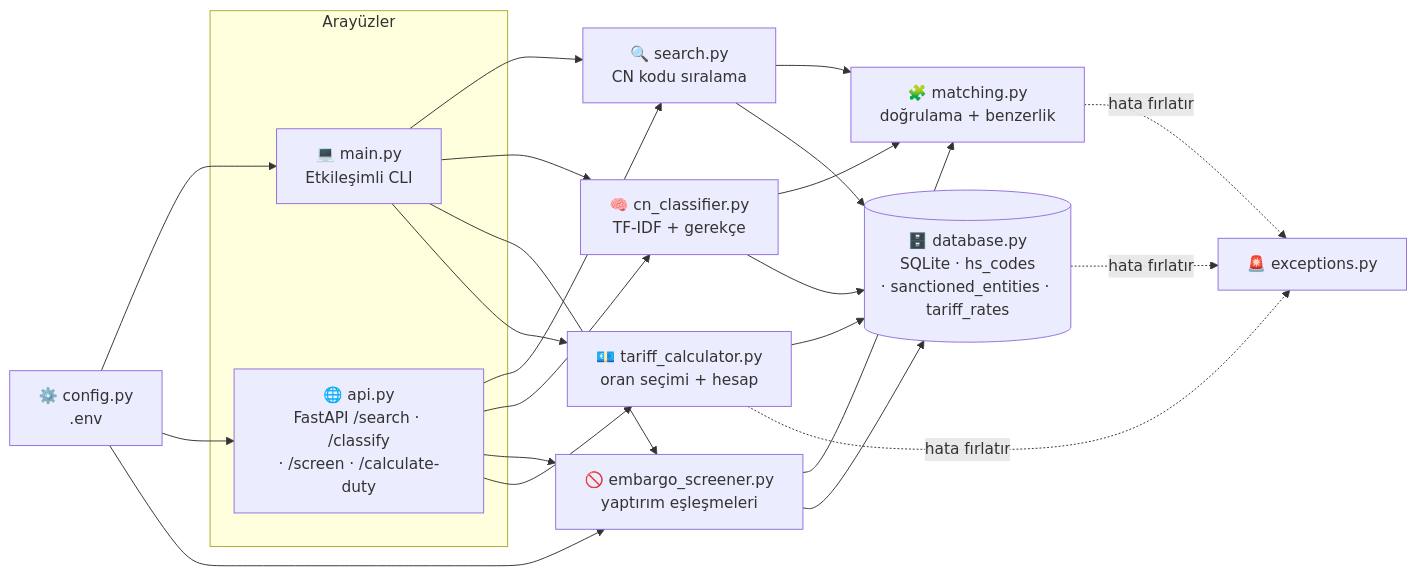
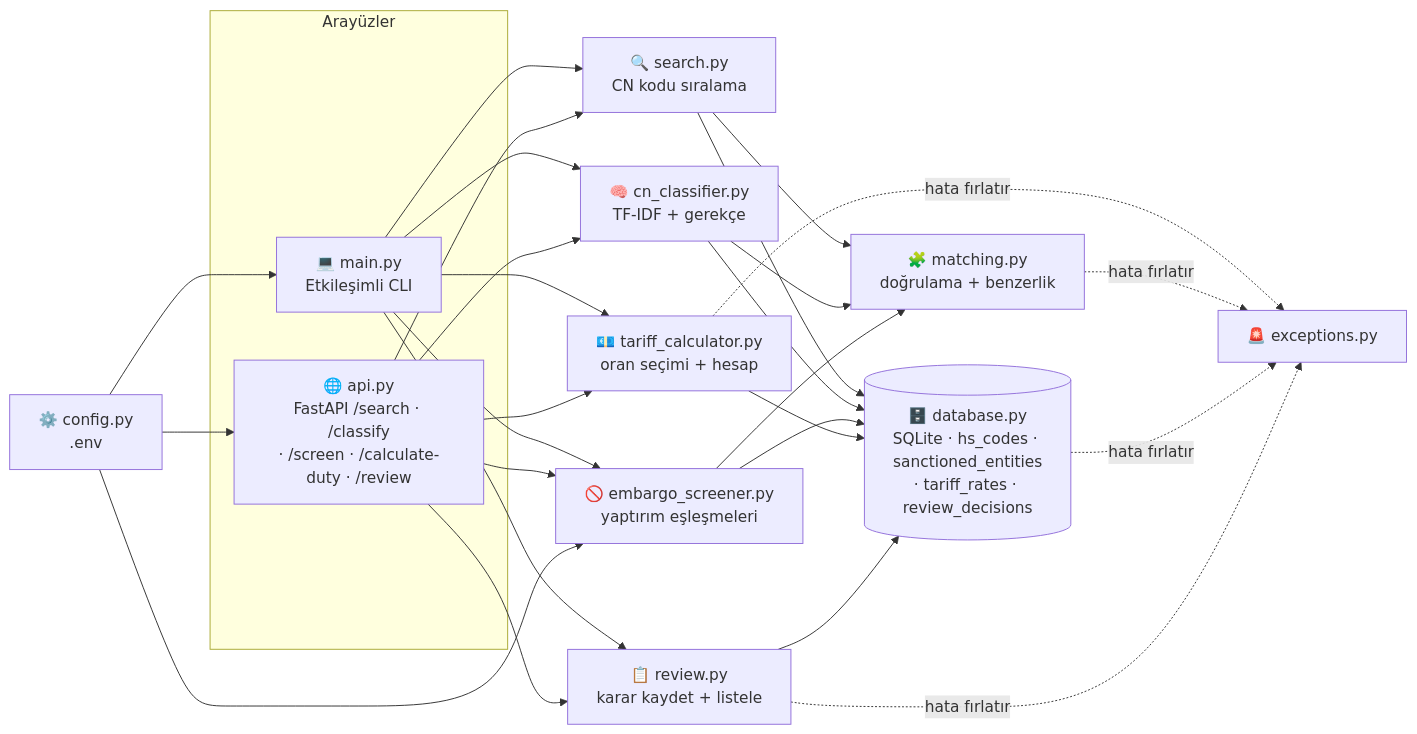
One commit to Mutersec/CustomsIQ changed the first of 2 diagrams in README.tr.md. Above: the diagram before and after it, drawn with Mermaid. The commit also changed other lines of this file and 11 other files, not shown here.

````diff
--- a/README.tr.md
+++ b/README.tr.md
@@ -94,38 +95,43 @@
 ```mermaid
 flowchart LR
     subgraph Arayuzler["Arayüzler"]
         CLI["💻 main.py<br/>Etkileşimli CLI"]
-        API["🌐 api.py<br/>FastAPI /search · /classify<br/>· /screen · /calculate-duty"]
+        API["🌐 api.py<br/>FastAPI /search · /classify<br/>· /screen · /calculate-duty · /review"]
     end
 
     SEARCH["🔍 search.py<br/>CN kodu sıralama"]
     CLS["🧠 cn_classifier.py<br/>TF-IDF + gerekçe"]
     SCREEN["🚫 embargo_screener.py<br/>yaptırım eşleşmeleri"]
     DUTY["💶 tariff_calculator.py<br/>oran seçimi + hesap"]
+    REVIEW["📋 review.py<br/>karar kaydet + listele"]
     MATCH["🧩 matching.py<br/>doğrulama + benzerlik"]
-    DB[("🗄️ database.py<br/>SQLite · hs_codes<br/>· sanctioned_entities · tariff_rates")]
+    DB[("🗄️ database.py<br/>SQLite · hs_codes · sanctioned_entities<br/>· tariff_rates · review_decisions")]
     EXC["🚨 exceptions.py"]
     CFG["⚙️ config.py<br/>.env"]
 
     CLI --> SEARCH
     CLI --> CLS
     CLI --> SCREEN
     CLI --> DUTY
+    CLI --> REVIEW
     API --> SEARCH
     API --> CLS
     API --> SCREEN
     API --> DUTY
+    API --> REVIEW
     SEARCH --> MATCH
     CLS --> MATCH
     SCREEN --> MATCH
     SEARCH --> DB
     CLS --> DB
     SCREEN --> DB
     DUTY --> DB
+    REVIEW --> DB
     DUTY -. hata fırlatır .-> EXC
     MATCH -. hata fırlatır .-> EXC
     DB -. hata fırlatır .-> EXC
+    REVIEW -. hata fırlatır .-> EXC
     CFG --> CLI
     CFG --> API
     CFG --> SCREEN
 ```
````
